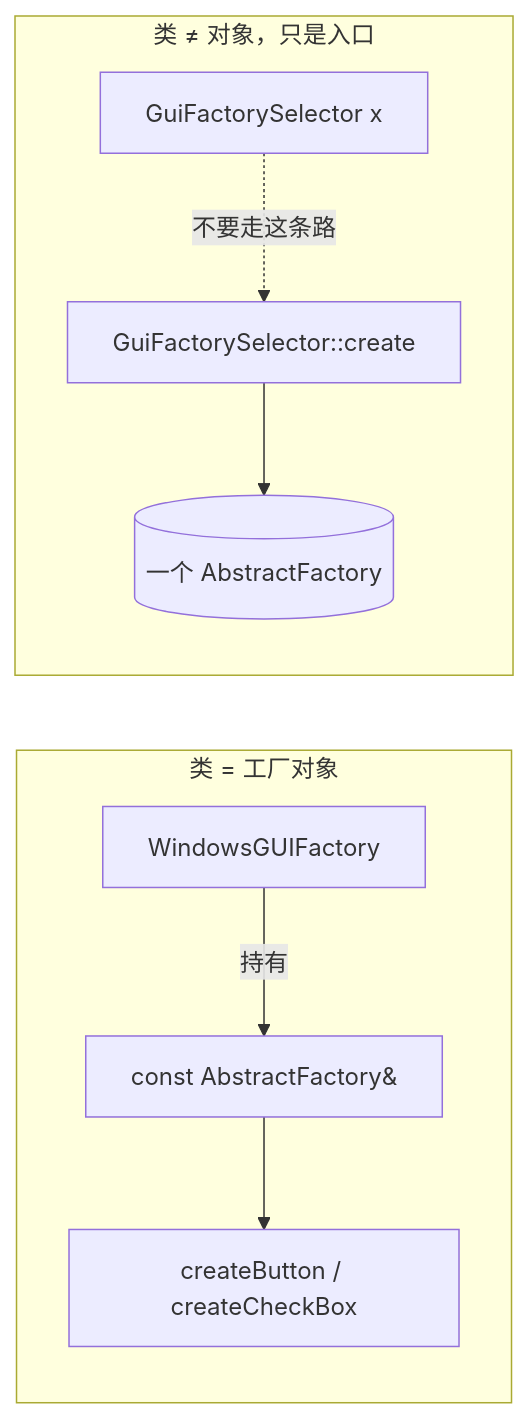
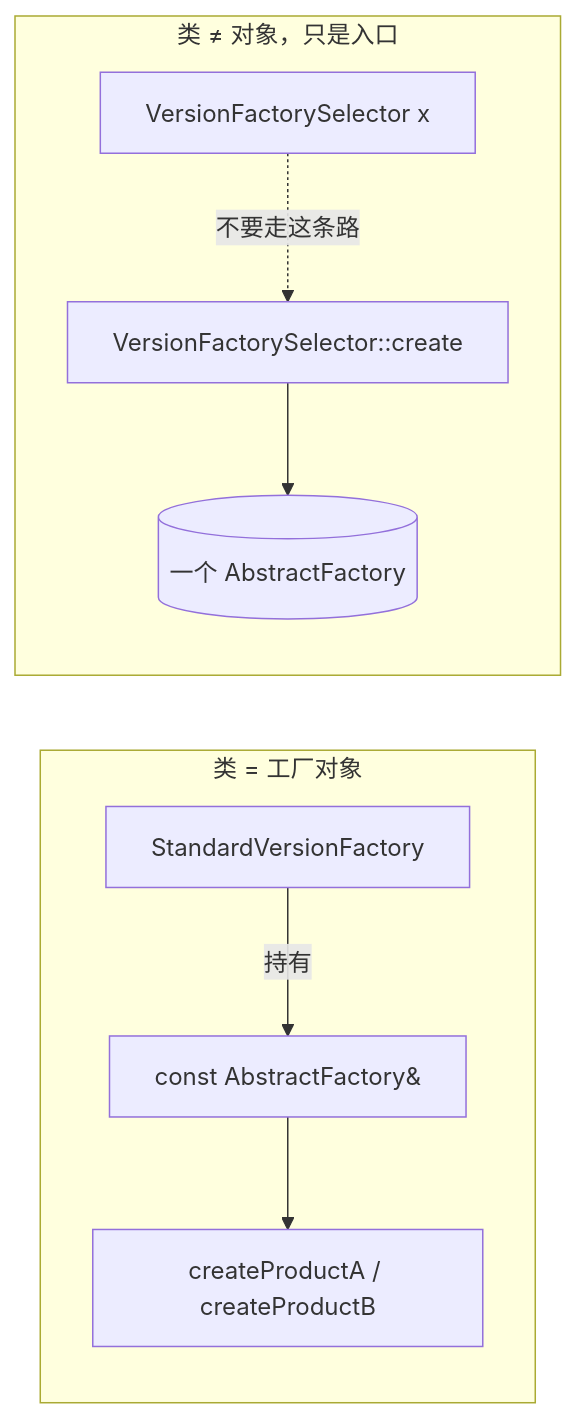
One commit to zackdlut/design_pattern changed the fourth of 9 diagrams in docs/creational/abstract_factory.md. Above: the diagram before and after it, drawn with Mermaid. The commit also changed other lines of this file and 12 other files, not shown here.

````diff
--- a/docs/creational/abstract_factory.md
+++ b/docs/creational/abstract_factory.md
@@ -126,11 +126,11 @@
 ```mermaid
 flowchart LR
   subgraph 抽象工厂["类 = 工厂对象"]
-    C[WindowsGUIFactory] -->|持有| R[const AbstractFactory&]
-    R --> P[createButton / createCheckBox]
+    C[StandardVersionFactory] -->|持有| R[const AbstractFactory&]
+    R --> P[createProductA / createProductB]
   end
   subgraph 选择器["类 ≠ 对象，只是入口"]
-    S["GuiFactorySelector::create"] --> T[(一个 AbstractFactory)]
-    X[GuiFactorySelector x] -.->|不要走这条路| S
+    S["VersionFactorySelector::create"] --> T[(一个 AbstractFactory)]
+    X[VersionFactorySelector x] -.->|不要走这条路| S
   end
 ```
````
